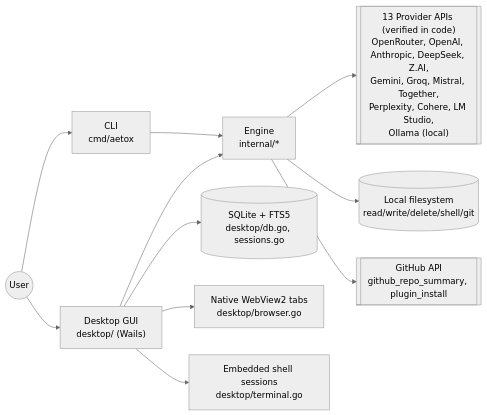
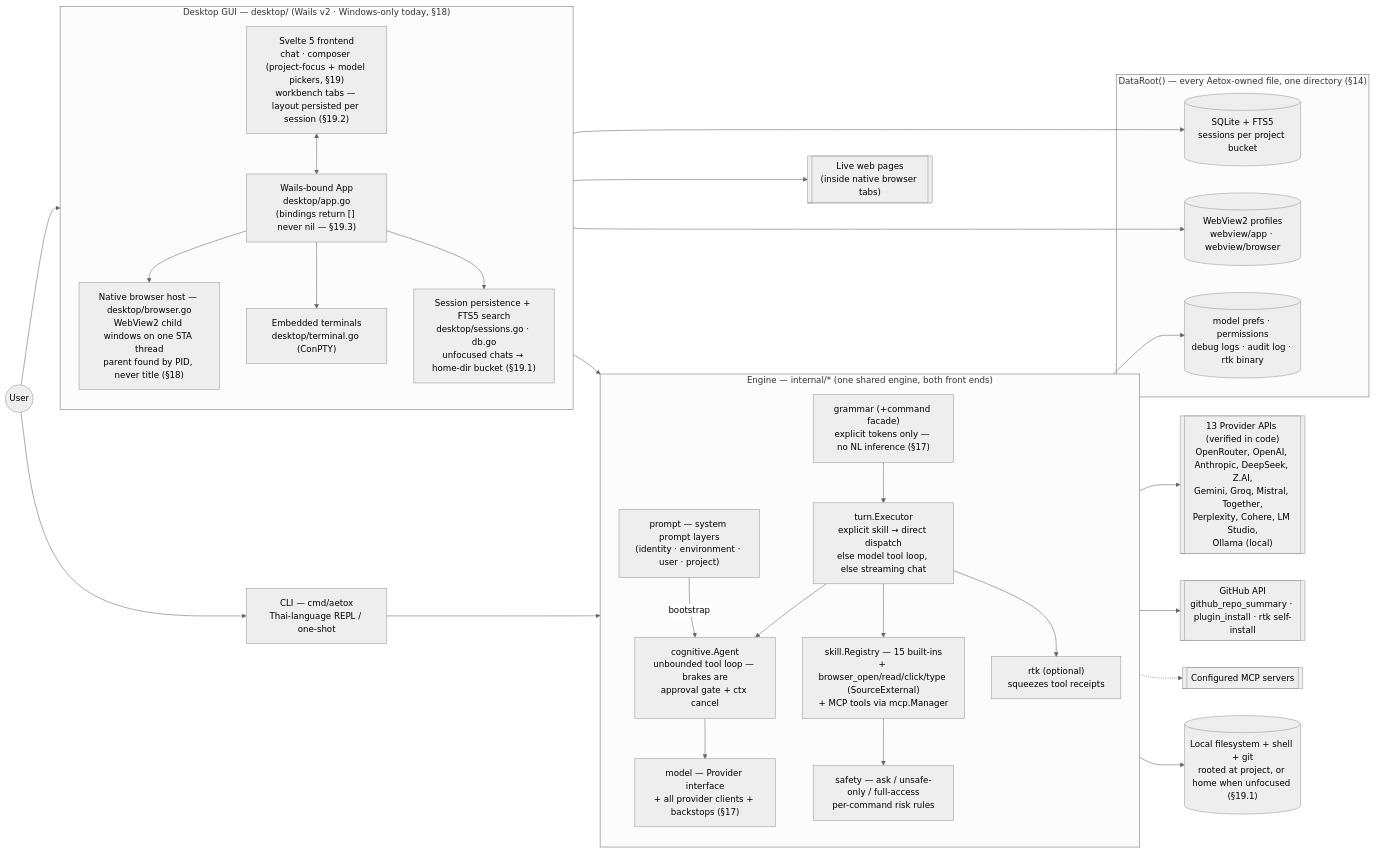
Before and after one commit to Mike0165115321/Aetox: the first of 4 diagrams in ARCHITECTURE.md, drawn with Mermaid (neutral theme). The commit also changed other lines of this file and 18 other files, not shown here.

First line of the commit message:
docs: add document map and owner's law to ARCHITECTURE.md

````diff
--- a/ARCHITECTURE.md
+++ b/ARCHITECTURE.md
@@ -57,16 +82,64 @@
 ```mermaid
 flowchart LR
-    User(("User")) --> CLI["CLI\ncmd/aetox"]
-    User --> Desktop["Desktop GUI\ndesktop/ (Wails)"]
+    User(("User"))
+    CLI["CLI — cmd/aetox\nThai-language REPL / one-shot"]
 
-    CLI --> Engine["Engine\ninternal/*"]
-    Desktop --> Engine
+    subgraph DesktopApp["Desktop GUI — desktop/ (Wails v2 · Windows-only today, §18)"]
+        direction TB
+        FE["Svelte 5 frontend\nchat · composer (project-focus + model pickers, §19)\nworkbench tabs — layout persisted per session (§19.2)"]
+        Bindings["Wails-bound App\ndesktop/app.go\n(bindings return [] never nil — §19.3)"]
+        BrowserHost["Native browser host — desktop/browser.go\nWebView2 child windows on one STA thread\nparent found by PID, never title (§18)"]
+        Term["Embedded terminals\ndesktop/terminal.go (ConPTY)"]
+        Sessions["Session persistence + FTS5 search\ndesktop/sessions.go · db.go\nunfocused chats → home-dir bucket (§19.1)"]
+        FE <--> Bindings
+        Bindings --> BrowserHost
+        Bindings --> Term
+        Bindings --> Sessions
+    end
 
-    Engine --> Providers[["13 Provider APIs (verified in code)\nOpenRouter, OpenAI, Anthropic, DeepSeek, Z.AI,\nGemini, Groq, Mistral, Together,\nPerplexity, Cohere, LM Studio,\nOllama (local)"]]
-    Engine --> FS[("Local filesystem\nread/write/delete/shell/git")]
-    Engine --> GH[["GitHub API\ngithub_repo_summary, plugin_install"]]
+    subgraph Engine["Engine — internal/* (one shared engine, both front ends)"]
+        direction TB
+        Grammar["grammar (+command facade)\nexplicit tokens only — no NL inference (§17)"]
+        Turn["turn.Executor\nexplicit skill → direct dispatch\nelse model tool loop, else streaming chat"]
+        Cog["cognitive.Agent\nunbounded tool loop — brakes are\napproval gate + ctx cancel"]
+        Skills["skill.Registry — 15 built-ins\n+ browser_open/read/click/type (SourceExternal)\n+ MCP tools via mcp.Manager"]
+        Safety["safety — ask / unsafe-only / full-access\nper-command risk rules"]
+        Prompt["prompt — system prompt layers\n(identity · environment · user · project)"]
+        RTK["rtk (optional)\nsqueezes tool receipts"]
+        Model["model — Provider interface\n+ all provider clients + backstops (§17)"]
+        Grammar --> Turn
+        Turn --> Cog
+        Cog --> Model
+        Turn --> Skills
+        Skills --> Safety
+        Turn --> RTK
+        Prompt -->|bootstrap| Cog
+    end
 
-    Desktop --> SQLite[("SQLite + FTS5\ndesktop/db.go, sessions.go")]
-    Desktop --> WebView["Native WebView2 tabs\ndesktop/browser.go"]
-    Desktop --> Shell["Embedded shell sessions\ndesktop/terminal.go"]
+    User --> FE
+    User --> CLI
+    CLI --> Engine
+    Bindings --> Engine
+
+    Providers[["13 Provider APIs (verified in code)\nOpenRouter, OpenAI, Anthropic, DeepSeek, Z.AI,\nGemini, Groq, Mistral, Together,\nPerplexity, Cohere, LM Studio,\nOllama (local)"]]
+    GH[["GitHub API\ngithub_repo_summary · plugin_install · rtk self-install"]]
+    MCPExt[["Configured MCP servers"]]
+    Web[["Live web pages\n(inside native browser tabs)"]]
+    FS[("Local filesystem + shell + git\nrooted at project, or home when unfocused (§19.1)")]
+
+    Model --> Providers
+    Skills --> GH
+    Skills --> FS
+    Skills -.-> MCPExt
+    BrowserHost --> Web
+
+    subgraph Data["DataRoot() — every Aetox-owned file, one directory (§14)"]
+        DB[("SQLite + FTS5\nsessions per project bucket")]
+        Profiles[("WebView2 profiles\nwebview/app · webview/browser")]
+        Misc[("model prefs · permissions\ndebug logs · audit log · rtk binary")]
+    end
+
+    Sessions --> DB
+    BrowserHost --> Profiles
+    Engine --> Misc
 ```
````
